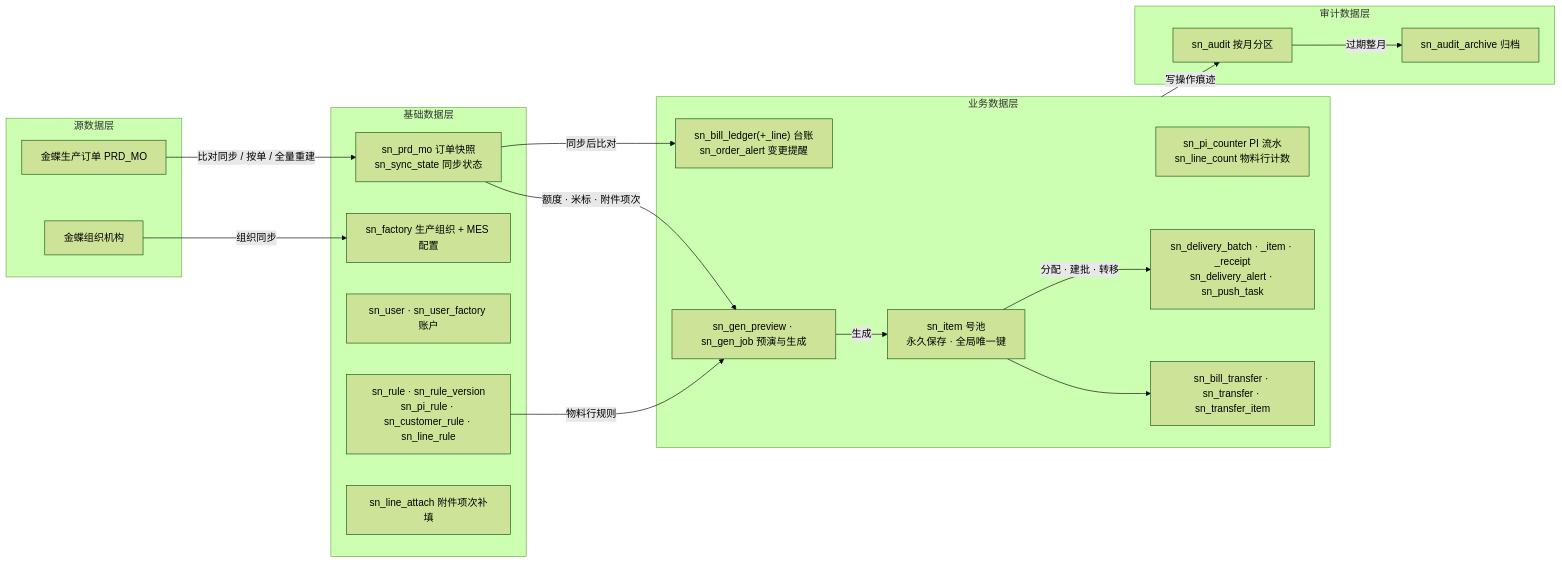
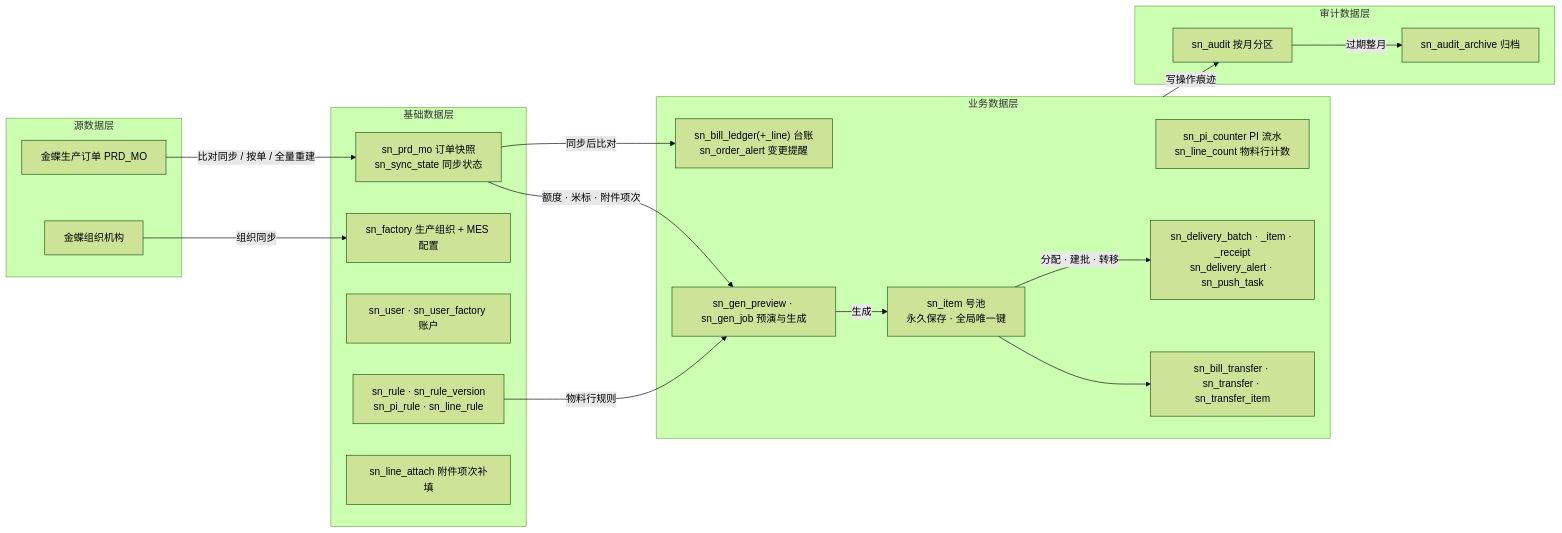
The diagram in docs/images/系统技术方案/fig2-3-data-layer.mmd (Createsnow/sn-center), drawn with Mermaid (forest theme) before and after one commit. The commit also changed 35 other files, not shown here.

```diff
--- a/docs/images/系统技术方案/fig2-3-data-layer.mmd
+++ b/docs/images/系统技术方案/fig2-3-data-layer.mmd
@@ -1,34 +1,34 @@
 flowchart LR
   subgraph SRC[源数据层]
     K1[金蝶生产订单 PRD_MO]
     K2[金蝶组织机构]
   end
   subgraph BASE[基础数据层]
     B1["sn_prd_mo 订单快照<br/>sn_sync_state 同步状态"]
     B2["sn_factory 生产组织 + MES 配置"]
     B3["sn_user · sn_user_factory 账户"]
-    B4["sn_rule · sn_rule_version<br/>sn_pi_rule · sn_customer_rule · sn_line_rule"]
+    B4["sn_rule · sn_rule_version<br/>sn_pi_rule · sn_line_rule"]
     B5["sn_line_attach 附件项次补填"]
   end
   subgraph BIZ[业务数据层]
     Z1["sn_item 号池<br/>永久保存 · 全局唯一键"]
     Z2["sn_pi_counter PI 流水<br/>sn_line_count 物料行计数"]
     Z3["sn_bill_ledger(+_line) 台账<br/>sn_order_alert 变更提醒"]
     Z4["sn_gen_preview · sn_gen_job 预演与生成"]
     Z5["sn_delivery_batch · _item · _receipt<br/>sn_delivery_alert · sn_push_task"]
     Z7["sn_bill_transfer · sn_transfer · sn_transfer_item"]
   end
   subgraph AUD[审计数据层]
     A1["sn_audit 按月分区"]
     A2["sn_audit_archive 归档"]
   end
   K1 -->|比对同步 / 按单 / 全量重建| B1
   K2 -->|组织同步| B2
   B1 -->|额度 · 米标 · 附件项次| Z4
   B4 -->|物料行规则| Z4
   Z4 -->|生成| Z1
   Z1 -->|分配 · 建批 · 转移| Z5
   Z1 --> Z7
   B1 -->|同步后比对| Z3
   BIZ -->|写操作痕迹| A1
   A1 -->|过期整月| A2
```
